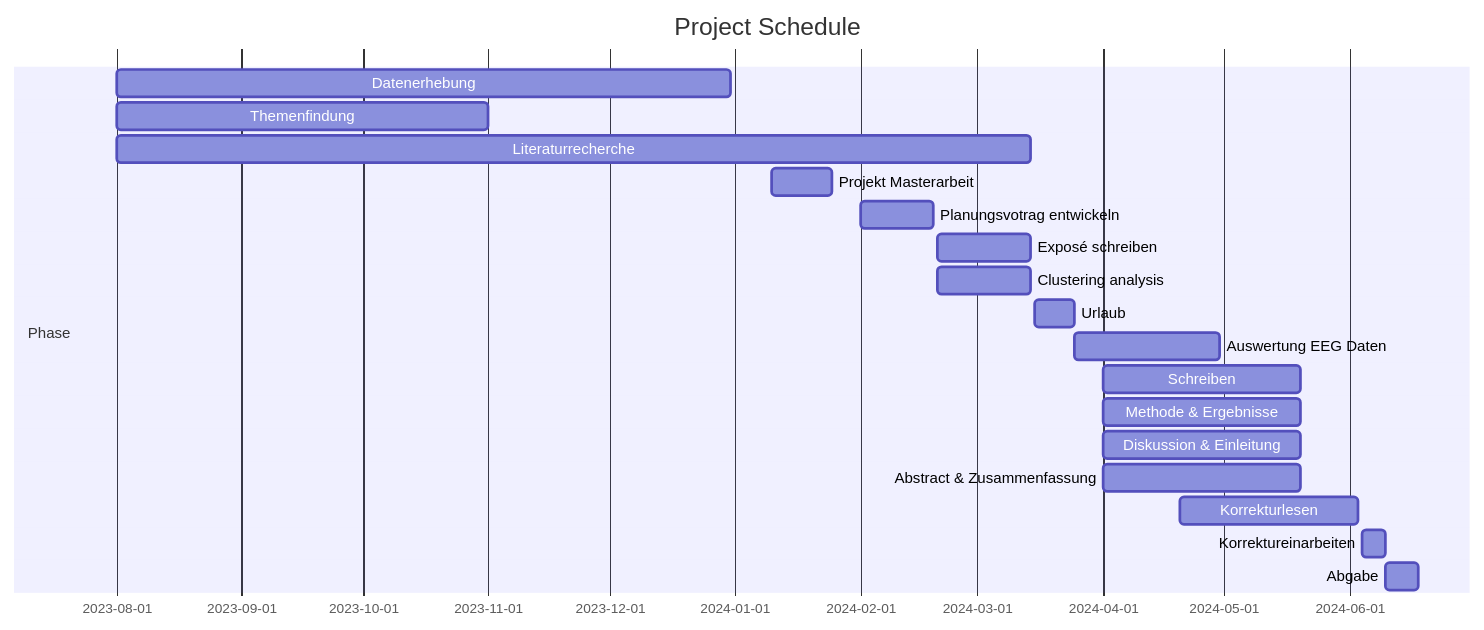
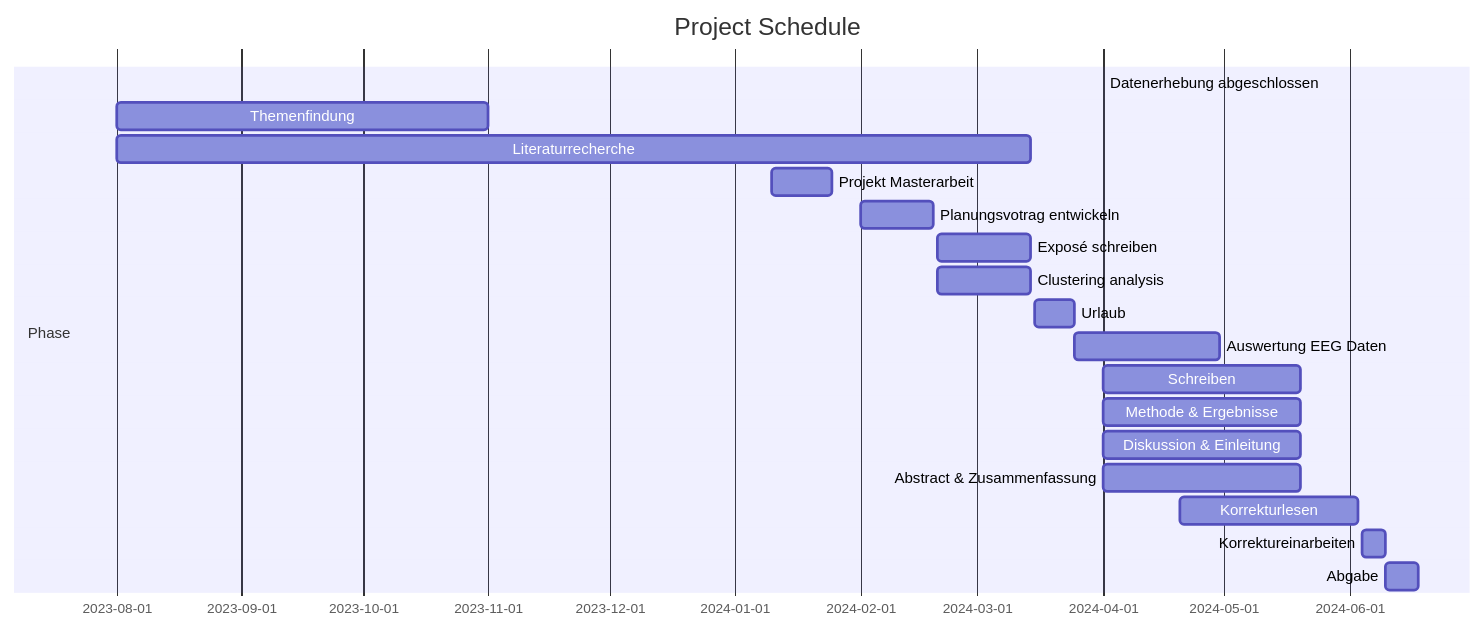
The diagram in README.md (JankaMarlene/masters_thesis), drawn with Mermaid before and after one commit.

````diff
--- a/README.md
+++ b/README.md
@@ -8,23 +8,23 @@
 ```mermaid
 gantt
     title Project Schedule
     dateFormat YYYY-MM-DD
 
     section Phase
-    Datenerhebung              : 2023-08-01, 2023-12-31
+    Datenerhebung abgeschlossen: 2024-04-01, 2024-04-01
     Themenfindung              : 2023-08-01, 2023-11-01
     Literaturrecherche         : 2023-08-01, 2024-03-14
     Projekt Masterarbeit       : 2024-01-10, 2024-01-25
     Planungsvotrag entwickeln  : 2024-02-01, 2024-02-19
     Exposé schreiben           : 2024-02-20, 2024-03-14
     Clustering analysis        : 2024-02-20, 2024-03-14
     Urlaub                     : 2024-03-15, 2024-03-25
     Auswertung EEG Daten       : 2024-03-25, 2024-04-30
     Schreiben                  : 2024-04-01, 2024-05-20
     Methode & Ergebnisse       : 2024-04-01, 2024-05-20
     Diskussion & Einleitung    : 2024-04-01, 2024-05-20
     Abstract & Zusammenfassung : 2024-04-01, 2024-05-20
     Korrekturlesen             : 2024-04-20, 2024-06-03
     Korrektureinarbeiten       : 2024-06-04, 2024-06-10           
     Abgabe                     : 2024-06-10, 2024-06-18
 ```
````
